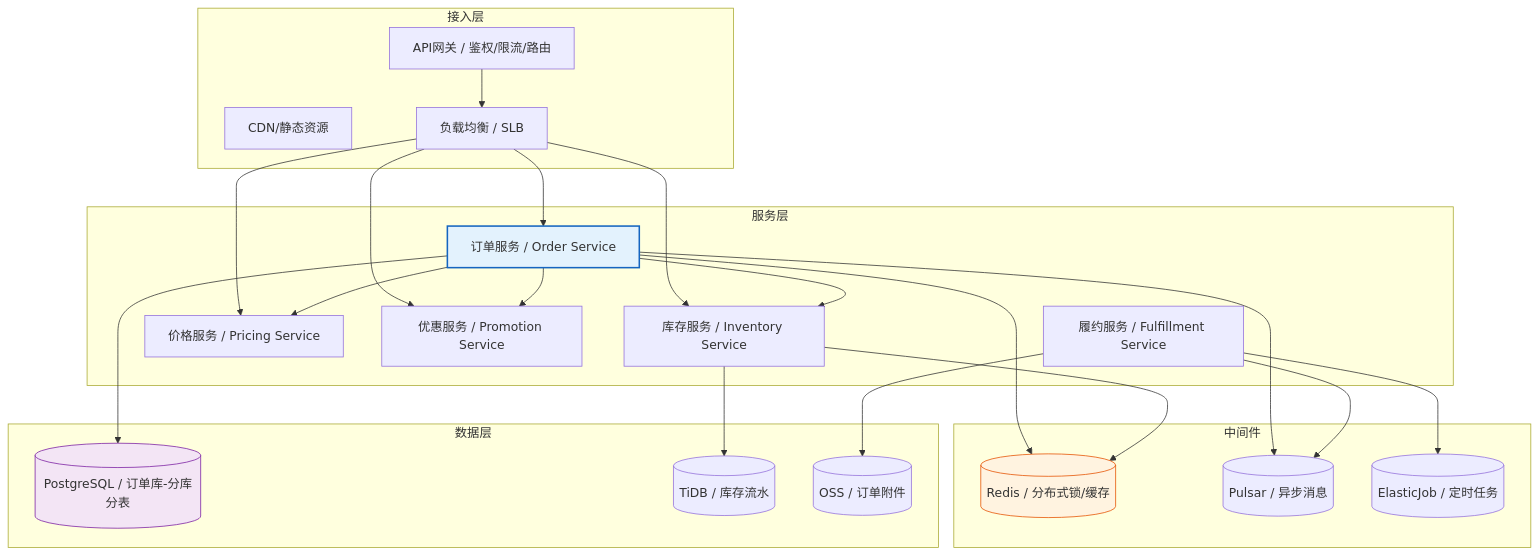
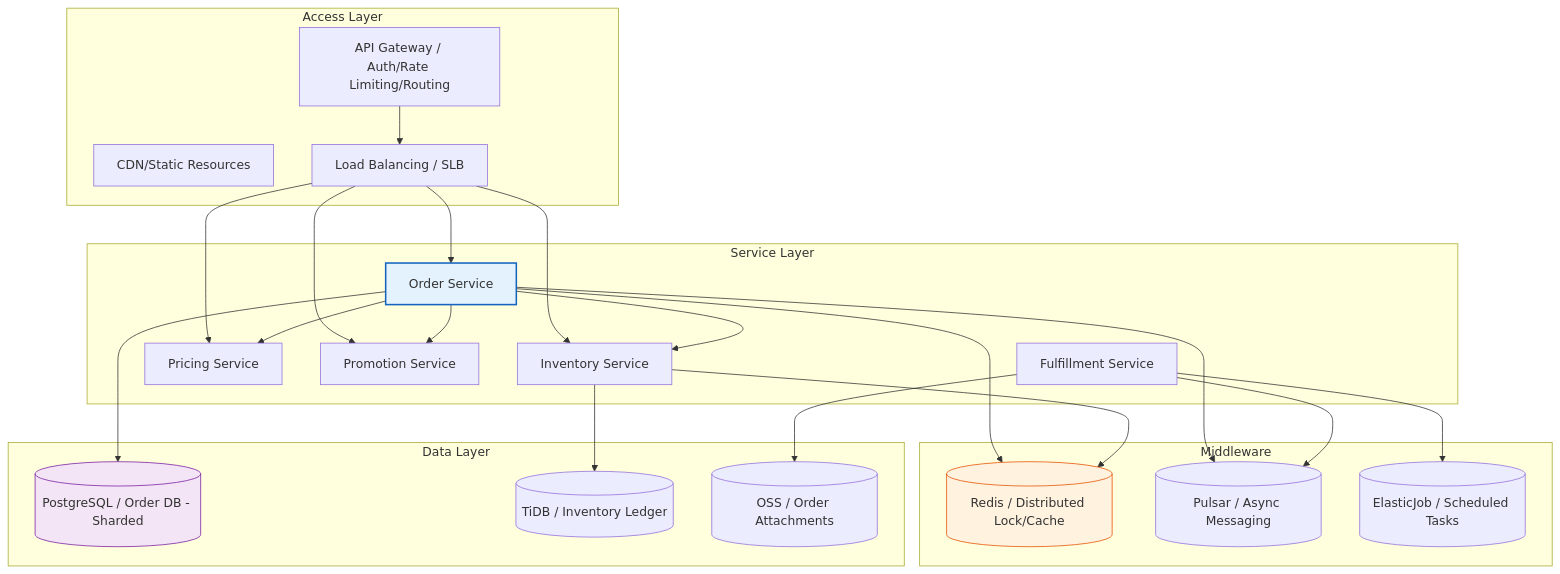
Before and after one commit to Kirky-X/cangjie: the third of 11 diagrams in templates/产品/产品层/【模板】功能需求文档.md, drawn with Mermaid. The commit also changed other lines of this file and 46 other files, not shown here.

````diff
--- a/templates/产品/产品层/【模板】功能需求文档.md
+++ b/templates/产品/产品层/【模板】功能需求文档.md
@@ -114,49 +114,49 @@
 ```mermaid
 graph TB
-    subgraph 接入层
-        A1[CDN/静态资源]
-        A2[API网关 / 鉴权/限流/路由]
-        A3[负载均衡 / SLB]
+    subgraph Access Layer
+        A1[CDN/Static Resources]
+        A2[API Gateway / Auth/Rate Limiting/Routing]
+        A3[Load Balancing / SLB]
     end
 
-    subgraph 服务层
-        B1[订单服务 / Order Service]
-        B2[库存服务 / Inventory Service]
-        B3[价格服务 / Pricing Service]
-        B4[优惠服务 / Promotion Service]
-        B5[履约服务 / Fulfillment Service]
+    subgraph Service Layer
+        B1[Order Service]
+        B2[Inventory Service]
+        B3[Pricing Service]
+        B4[Promotion Service]
+        B5[Fulfillment Service]
     end
 
-    subgraph 中间件
-        C1[(Redis / 分布式锁/缓存)]
-        C2[(Pulsar / 异步消息)]
-        C3[(ElasticJob / 定时任务)]
+    subgraph Middleware
+        C1[(Redis / Distributed Lock/Cache)]
+        C2[(Pulsar / Async Messaging)]
+        C3[(ElasticJob / Scheduled Tasks)]
     end
 
-    subgraph 数据层
-        D1[(PostgreSQL / 订单库-分库分表)]
-        D2[(TiDB / 库存流水)]
-        D3[(OSS / 订单附件)]
+    subgraph Data Layer
+        D1[(PostgreSQL / Order DB - Sharded)]
+        D2[(TiDB / Inventory Ledger)]
+        D3[(OSS / Order Attachments)]
     end
 
     A2 --> A3
     A3 --> B1
     A3 --> B2
     A3 --> B3
     A3 --> B4
     B1 --> B2
     B1 --> B3
     B1 --> B4
     B1 --> C1
     B1 --> C2
     B2 --> C1
     B5 --> C2
     B5 --> C3
     B1 --> D1
     B2 --> D2
     B5 --> D3
 
     style B1 fill:#e3f2fd,stroke:#1565c0,stroke-width:2px
     style C1 fill:#fff3e0,stroke:#e65100
     style D1 fill:#f3e5f5,stroke:#7b1fa2
 ```
````
